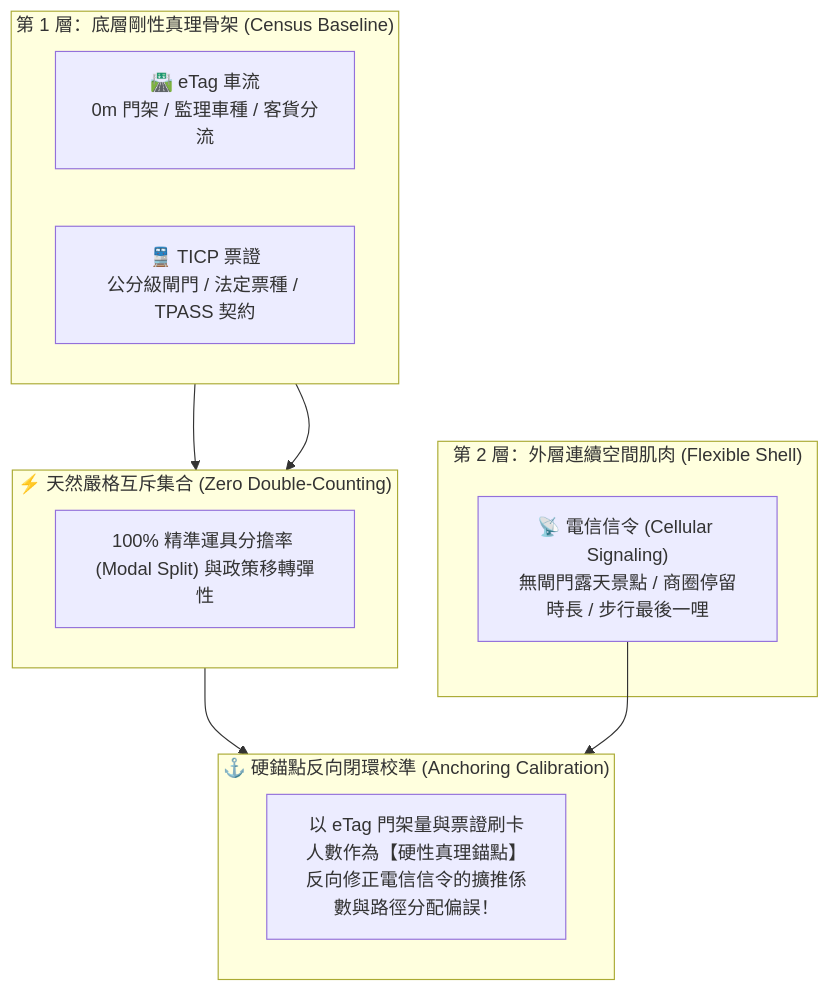
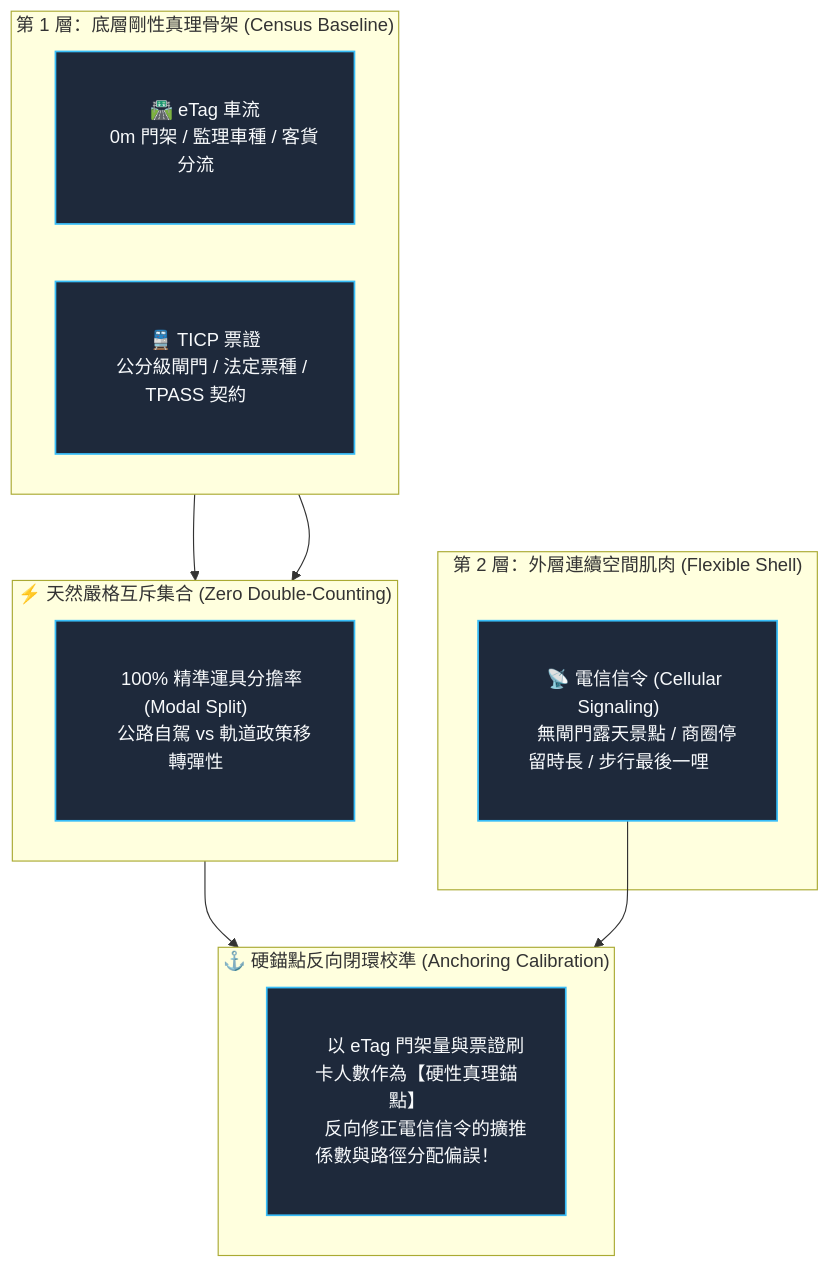
One commit to tobytoy/taiwan-mobility-pulse changed the diagram in docs/chapter1_data_philosophy.md. Above: the diagram before and after it, drawn with Mermaid. The commit also changed 2 other files, not shown here.

Commit message:
style(docs): widen Mermaid nodes with padding and emsp spaces to prevent CJK truncation

````diff
--- a/docs/chapter1_data_philosophy.md
+++ b/docs/chapter1_data_philosophy.md
@@ -83,25 +83,27 @@
 ```mermaid
 flowchart TD
+    classDef default fill:#1e293b,stroke:#38bdf8,stroke-width:1.5px,color:#f8fafc,padding:14px 45px;
+
     subgraph Backbone ["第 1 層：底層剛性真理骨架 (Census Baseline)"]
         direction LR
-        ETAG["🛣️ eTag 車流<br>0m 門架 / 監理車種 / 客貨分流"]
-        TICP["🚆 TICP 票證<br>公分級閘門 / 法定票種 / TPASS 契約"]
+        ETAG["&emsp;🛣️ eTag 車流&emsp;<br/>&emsp;0m 門架 / 監理車種 / 客貨分流&emsp;"]
+        TICP["&emsp;🚆 TICP 票證&emsp;<br/>&emsp;公分級閘門 / 法定票種 / TPASS 契約&emsp;"]
     end
 
     subgraph Mutual ["⚡ 天然嚴格互斥集合 (Zero Double-Counting)"]
-        SPLIT["100% 精準運具分擔率 (Modal Split) 與政策移轉彈性"]
+        SPLIT["&emsp;100% 精準運具分擔率 (Modal Split)&emsp;<br/>&emsp;公路自駕 vs 軌道政策移轉彈性&emsp;"]
     end
 
     subgraph Muscle ["第 2 層：外層連續空間肌肉 (Flexible Shell)"]
-        TEL["📡 電信信令 (Cellular Signaling)<br>無閘門露天景點 / 商圈停留時長 / 步行最後一哩"]
+        TEL["&emsp;📡 電信信令 (Cellular Signaling)&emsp;<br/>&emsp;無閘門露天景點 / 商圈停留時長 / 步行最後一哩&emsp;"]
     end
 
     subgraph Anchor ["⚓ 硬錨點反向閉環校準 (Anchoring Calibration)"]
-        CALIB["以 eTag 門架量與票證刷卡人數作為【硬性真理錨點】<br>反向修正電信信令的擴推係數與路徑分配偏誤！"]
+        CALIB["&emsp;以 eTag 門架量與票證刷卡人數作為【硬性真理錨點】&emsp;<br/>&emsp;反向修正電信信令的擴推係數與路徑分配偏誤！&emsp;"]
     end
 
     ETAG --> Mutual
     TICP --> Mutual
     Mutual --> Anchor
     TEL --> Anchor
 ```
````
